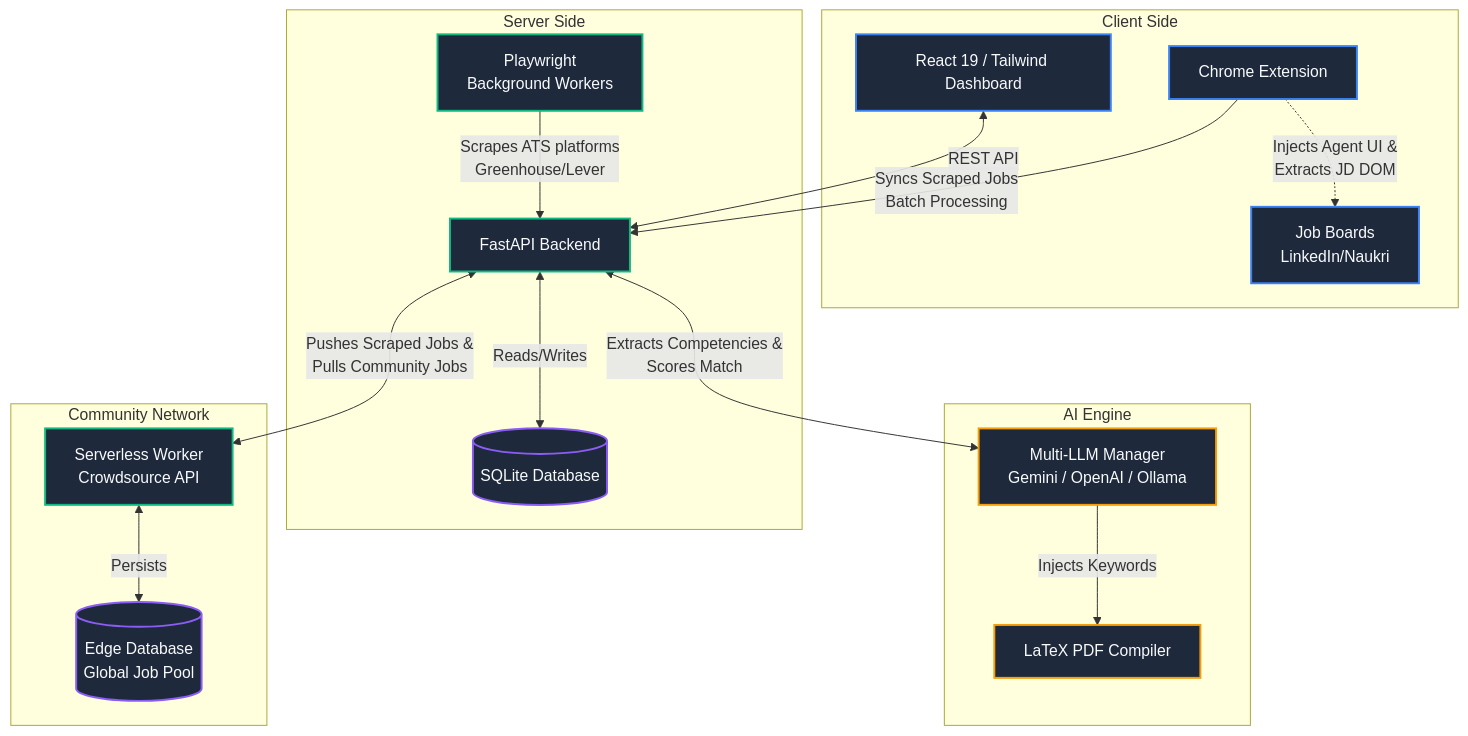
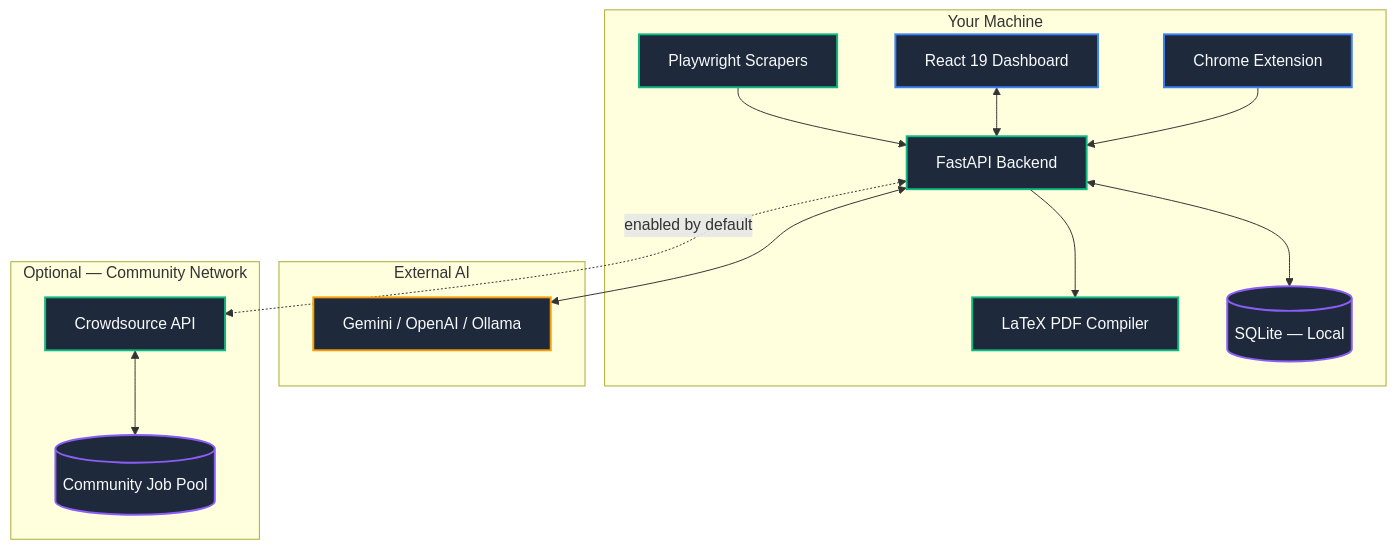
Before and after one commit to koteshrv/career-agent: the diagram in README.md, drawn with Mermaid. The commit also changed other lines of this file and 7 other files, not shown here.

````diff
--- a/README.md
+++ b/README.md
@@ -58,40 +108,34 @@
 ```mermaid
 graph TD
-    %% Define styles for modern dark theme look
     classDef frontend fill:#1E293B,stroke:#3B82F6,stroke-width:2px,color:#F8FAFC
     classDef backend fill:#1E293B,stroke:#10B981,stroke-width:2px,color:#F8FAFC
     classDef storage fill:#1E293B,stroke:#8B5CF6,stroke-width:2px,color:#F8FAFC
     classDef ai fill:#1E293B,stroke:#F59E0B,stroke-width:2px,color:#F8FAFC
 
-    subgraph "Client Side"
-        UI[React 19 / Tailwind Dashboard]:::frontend
+    subgraph "Your Machine"
+        UI[React 19 Dashboard]:::frontend
         Ext[Chrome Extension]:::frontend
-        LinkedIn[Job Boards<br>LinkedIn/Naukri]:::frontend
-        Ext -.->|Injects Agent UI &<br>Extracts JD DOM| LinkedIn
+        API[FastAPI Backend]:::backend
+        Cron[Playwright Scrapers]:::backend
+        Compiler[LaTeX PDF Compiler]:::backend
+        DB[(SQLite — Local)]:::storage
+        API <--> DB
+        Cron --> API
+        UI <--> API
+        Ext --> API
+        API --> Compiler
     end
 
-    subgraph "Server Side"
-        API[FastAPI Backend]:::backend
-        Cron[Playwright<br>Background Workers]:::backend
-        API <-->|Reads/Writes| DB[(SQLite Database)]:::storage
-        Cron -->|Scrapes ATS platforms<br>Greenhouse/Lever| API
+    subgraph "External AI"
+        LLM[Gemini / OpenAI / Ollama]:::ai
     end
 
-    subgraph "AI Engine"
-        LLM[Multi-LLM Manager<br>Gemini / OpenAI / Ollama]:::ai
-        Compiler[LaTeX PDF Compiler]:::ai
-        LLM -->|Injects Keywords| Compiler
+    subgraph "Optional — Community Network"
+        CF[Crowdsource API]:::backend
+        DB2[(Community Job Pool)]:::storage
+        CF <--> DB2
     end
 
-    subgraph "Community Network"
-        CF[Serverless Worker<br>Crowdsource API]:::backend
-        DB2[(Edge Database<br>Global Job Pool)]:::storage
-        CF <-->|Persists| DB2
-    end
-
-    %% Cross-subgraph edges must live outside every subgraph block
-    UI <-->|REST API| API
-    Ext -->|Syncs Scraped Jobs<br>Batch Processing| API
-    API <-->|Extracts Competencies &<br>Scores Match| LLM
-    API <-->|Pushes Scraped Jobs &<br>Pulls Community Jobs| CF
+    API <--> LLM
+    API <-.->|enabled by default| CF
 ```
````
